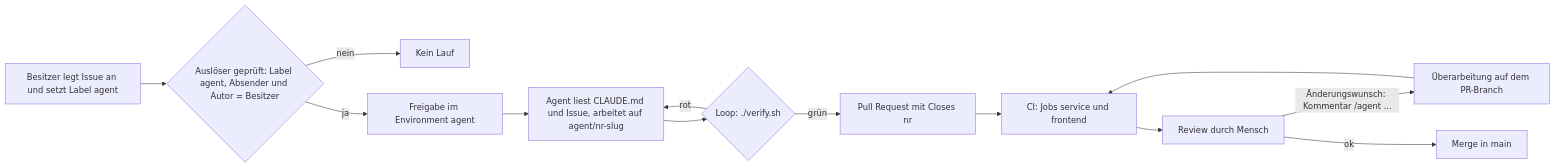
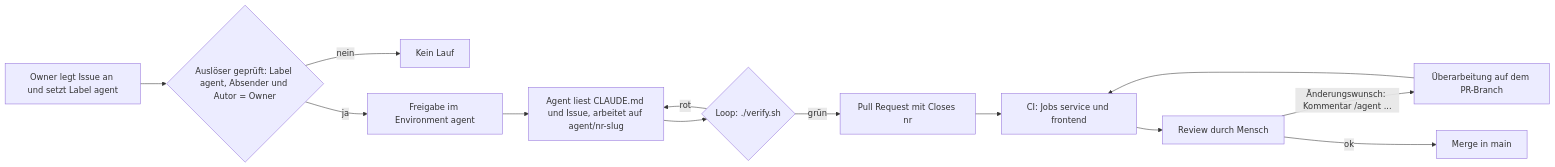
Before and after one commit to juheba/sw-factory-tryout: the second of 2 diagrams in docs/process.md, drawn with Mermaid. The commit also changed other lines of this file and 8 other files, not shown here.

````diff
--- a/docs/process.md
+++ b/docs/process.md
@@ -23,15 +23,15 @@
 ```mermaid
 flowchart LR
-    O[Besitzer legt Issue an und setzt Label agent] --> T{Auslöser geprüft: Label agent, Absender und Autor = Besitzer}
+    O[Owner legt Issue an und setzt Label agent] --> T{Auslöser geprüft: Label agent, Absender und Autor = Owner}
     T -->|nein| X[Kein Lauf]
     T -->|ja| E[Freigabe im Environment agent]
     E --> A[Agent liest CLAUDE.md und Issue, arbeitet auf agent/nr-slug]
     A --> L{Loop: ./verify.sh}
     L -->|rot| A
     L -->|grün| PR[Pull Request mit Closes nr]
     PR --> CI[CI: Jobs service und frontend]
     CI --> R[Review durch Mensch]
     R -->|Änderungswunsch: Kommentar /agent ...| RK[Überarbeitung auf dem PR-Branch]
     RK --> CI
     R -->|ok| M[Merge in main]
 ```
````
